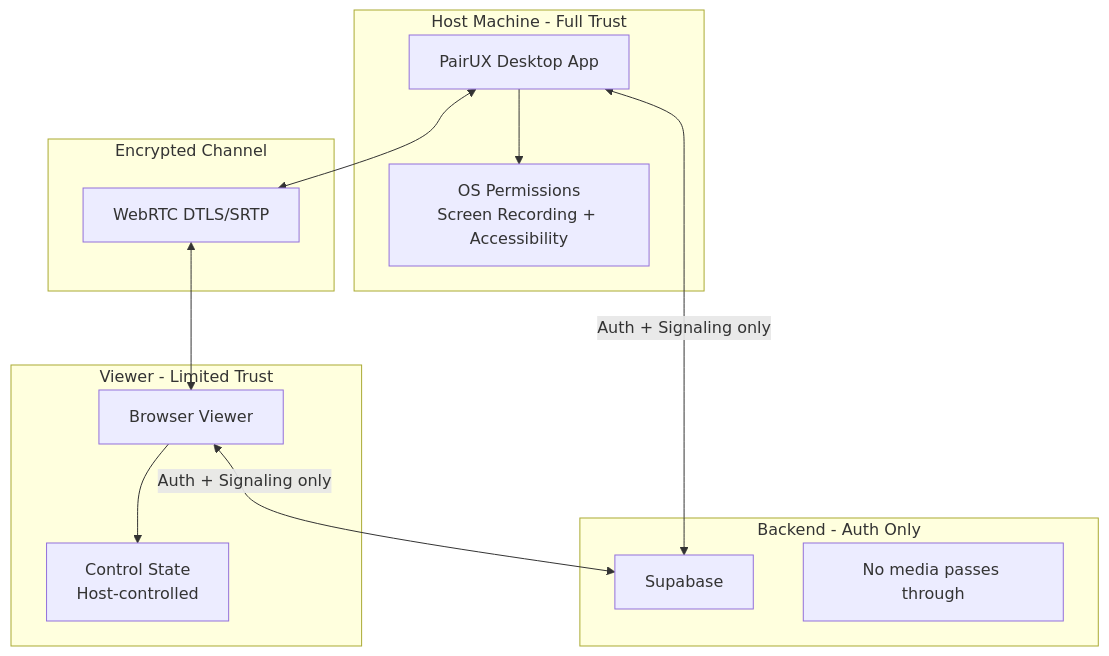
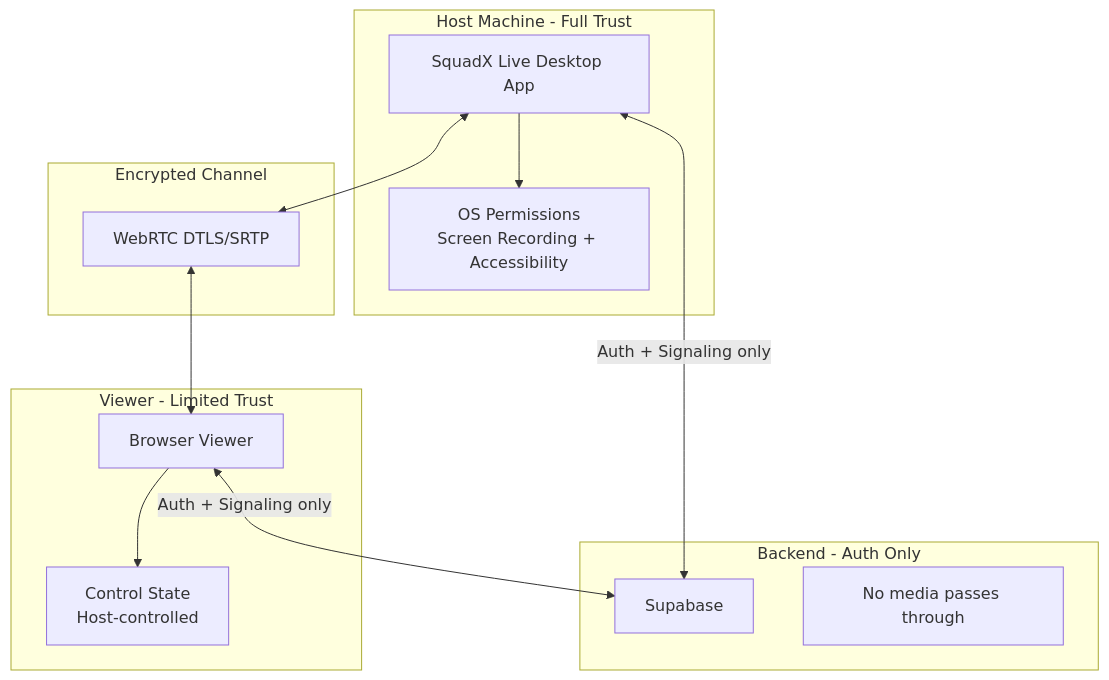
One commit to edsonmartins/squadx-live changed the fifth of 5 diagrams in docs/ARCHITECTURE.md. Above: the diagram before and after it, drawn with Mermaid. The commit also changed other lines of this file and 136 other files, not shown here.

Commit message:
fix: update README logo to use new SquadX Live PNG

````diff
--- a/docs/ARCHITECTURE.md
+++ b/docs/ARCHITECTURE.md
@@ -225,29 +225,29 @@
 ```mermaid
 graph TB
     subgraph TrustBoundary1 [Host Machine - Full Trust]
-        HostApp[PairUX Desktop App]
+        HostApp[SquadX Live Desktop App]
         OSPerms[OS Permissions<br/>Screen Recording + Accessibility]
     end
 
     subgraph TrustBoundary2 [Encrypted Channel]
         WebRTC[WebRTC DTLS/SRTP]
     end
 
     subgraph TrustBoundary3 [Viewer - Limited Trust]
         ViewerApp[Browser Viewer]
         ControlState[Control State<br/>Host-controlled]
     end
 
     subgraph TrustBoundary4 [Backend - Auth Only]
         Supabase[Supabase]
         NoMedia[No media passes through]
     end
 
     HostApp --> OSPerms
     HostApp <--> WebRTC
     WebRTC <--> ViewerApp
     ViewerApp --> ControlState
 
     HostApp <--> |Auth + Signaling only| Supabase
     ViewerApp <--> |Auth + Signaling only| Supabase
 ```
````
